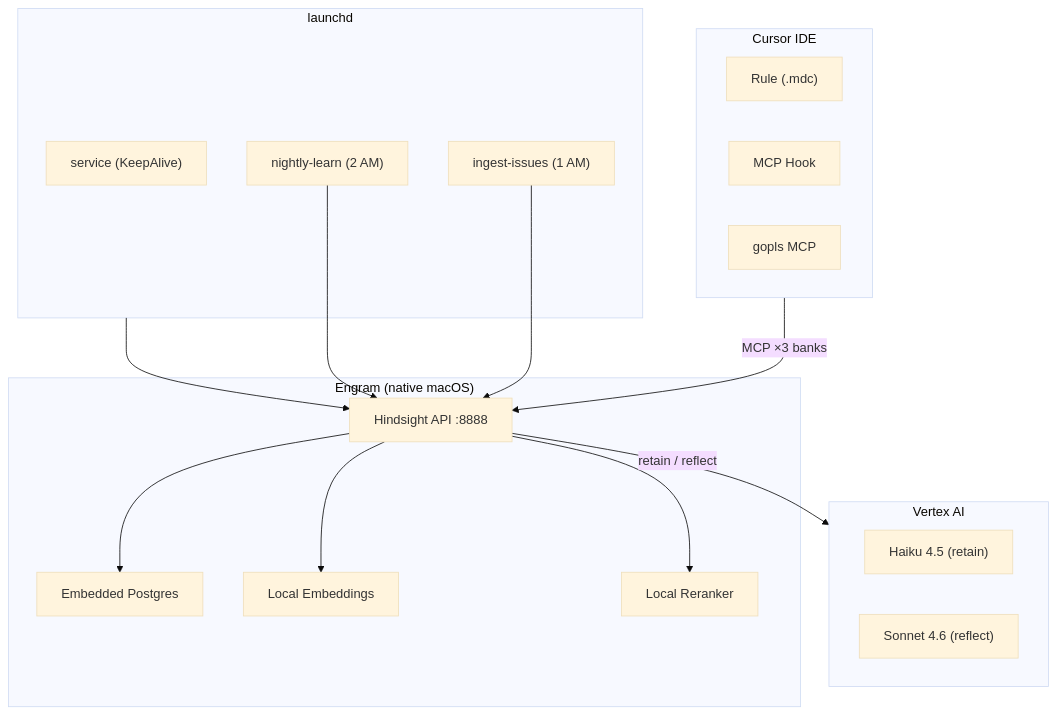
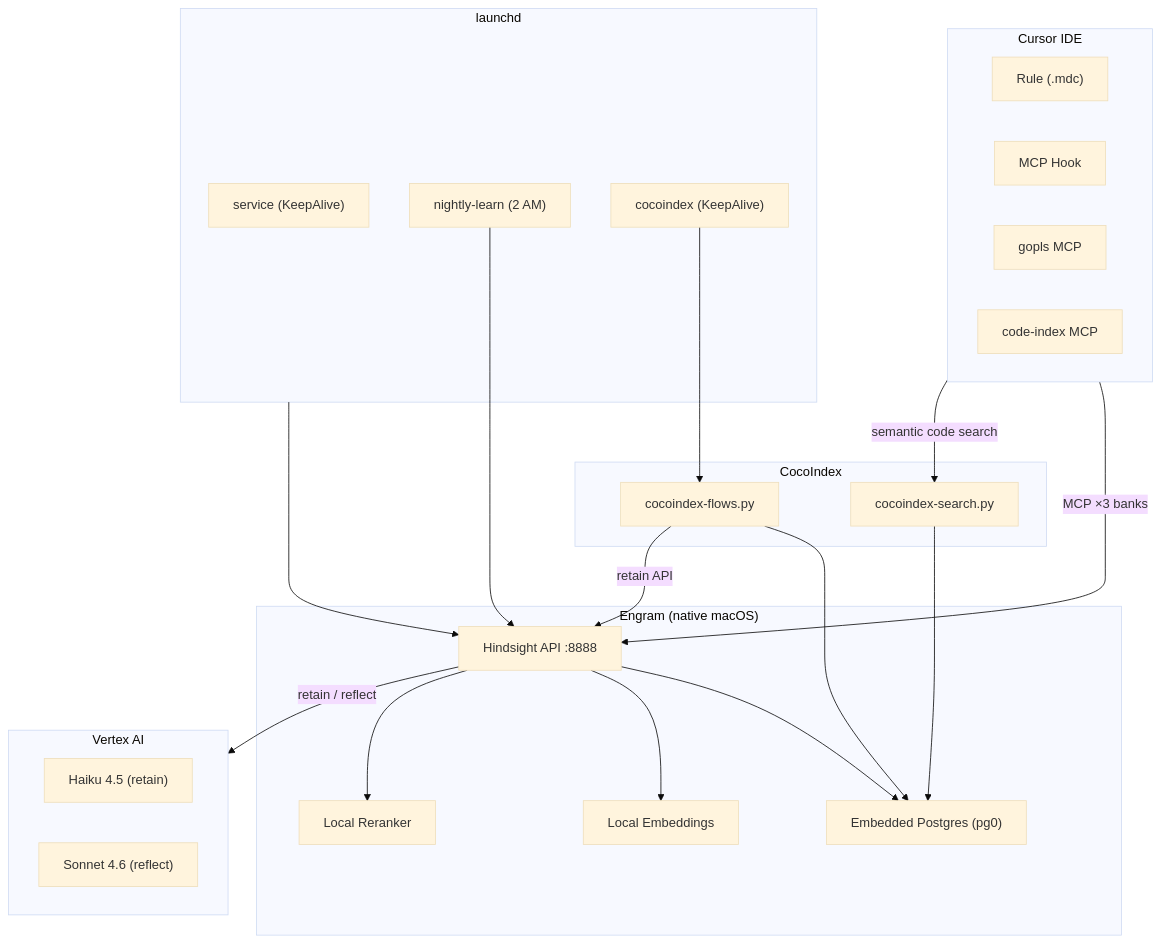
One commit to jordigilh/engram changed the second of 3 diagrams in README.md. Above: the diagram before and after it, drawn with Mermaid (base theme). The commit also changed other lines of this file and 4 other files, not shown here.

First line of the commit message:
Update documentation for CocoIndex architecture and expected benefits

````diff
--- a/README.md
+++ b/README.md
@@ -62,35 +75,45 @@
 ```mermaid
 graph TB
     subgraph cursor["Cursor IDE"]
         rule["Rule (.mdc)"]
         hook["MCP Hook"]
         gopls["gopls MCP"]
+        code_mcp["code-index MCP"]
     end
 
     subgraph engram["Engram (native macOS)"]
         api["Hindsight API :8888"]
-        pg["Embedded Postgres"]
+        pg["Embedded Postgres (pg0)"]
         emb["Local Embeddings"]
         rerank["Local Reranker"]
+    end
+
+    subgraph cocoindex_engine["CocoIndex"]
+        coco["cocoindex-flows.py"]
+        coco_search["cocoindex-search.py"]
+        coco --> pg
+        coco_search --> pg
     end
 
     subgraph vertex["Vertex AI"]
         haiku["Haiku 4.5 (retain)"]
         sonnet["Sonnet 4.6 (reflect)"]
     end
 
     subgraph launchd["launchd"]
         svc["service (KeepAlive)"]
         nightly["nightly-learn (2 AM)"]
-        issues["ingest-issues (1 AM)"]
+        coco_svc["cocoindex (KeepAlive)"]
     end
 
     cursor -->|"MCP ×3 banks"| api
+    cursor -->|"semantic code search"| coco_search
     api --> pg
     api --> emb
     api --> rerank
     api -->|"retain / reflect"| vertex
     launchd --> api
     nightly --> api
-    issues --> api
+    coco_svc --> coco
+    coco -->|"retain API"| api
 ```
````
